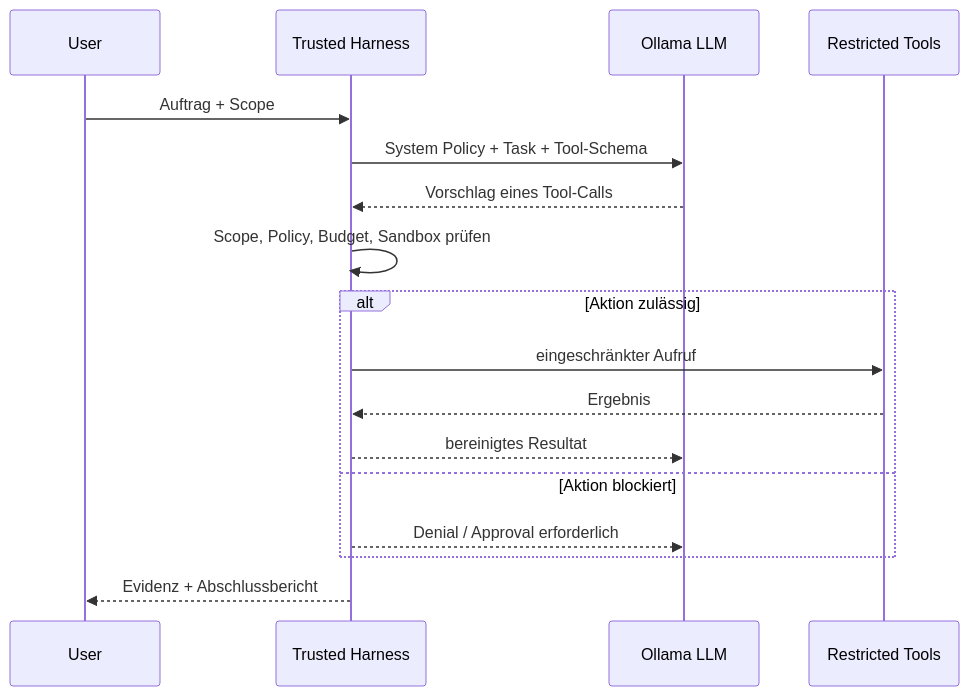
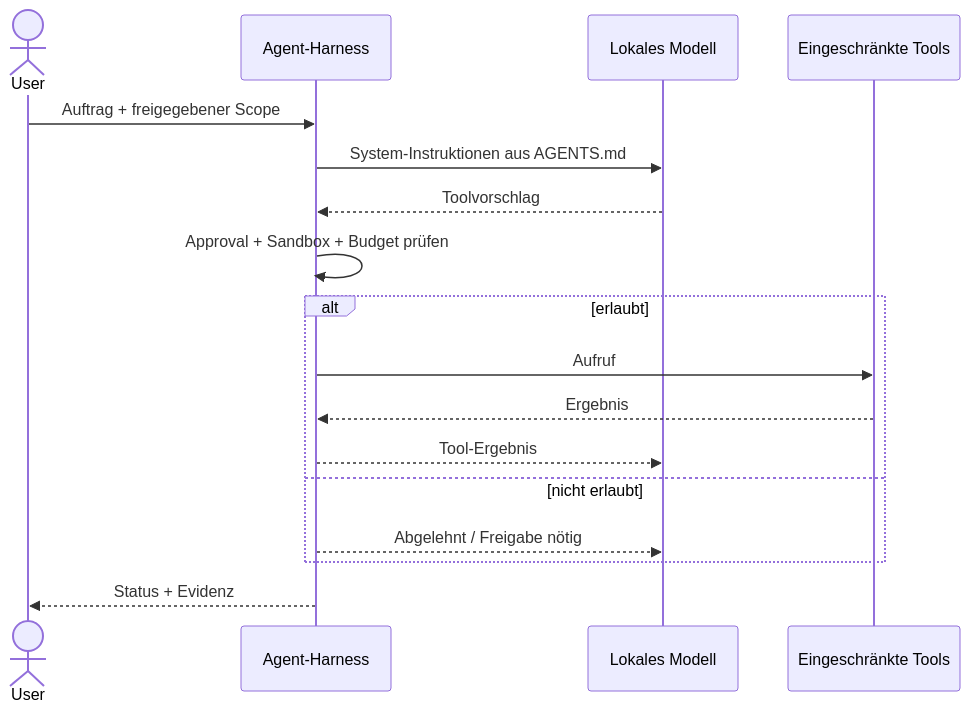
The second of 2 diagrams in docs/03-runtime-integration.md (pancoda-software/portable-agentic-policy-kit), drawn with Mermaid before and after one commit. The commit also changed other lines of this file and 35 other files, not shown here.

````diff
--- a/docs/03-runtime-integration.md
+++ b/docs/03-runtime-integration.md
@@ -59,19 +32,19 @@
 ```mermaid
 sequenceDiagram
-    participant User
-    participant Harness as Trusted Harness
-    participant Model as Ollama LLM
-    participant Tools as Restricted Tools
-    User->>Harness: Auftrag + Scope
-    Harness->>Model: System Policy + Task + Tool-Schema
-    Model-->>Harness: Vorschlag eines Tool-Calls
-    Harness->>Harness: Scope, Policy, Budget, Sandbox prüfen
-    alt Aktion zulässig
-      Harness->>Tools: eingeschränkter Aufruf
-      Tools-->>Harness: Ergebnis
-      Harness-->>Model: bereinigtes Resultat
-    else Aktion blockiert
-      Harness-->>Model: Denial / Approval erforderlich
+    actor User
+    participant H as Agent-Harness
+    participant M as Lokales Modell
+    participant T as Eingeschränkte Tools
+    User->>H: Auftrag + freigegebener Scope
+    H->>M: System-Instruktionen aus AGENTS.md
+    M-->>H: Toolvorschlag
+    H->>H: Approval + Sandbox + Budget prüfen
+    alt erlaubt
+      H->>T: Aufruf
+      T-->>H: Ergebnis
+      H-->>M: Tool-Ergebnis
+    else nicht erlaubt
+      H-->>M: Abgelehnt / Freigabe nötig
     end
-    Harness-->>User: Evidenz + Abschlussbericht
+    H-->>User: Status + Evidenz
 ```
````
